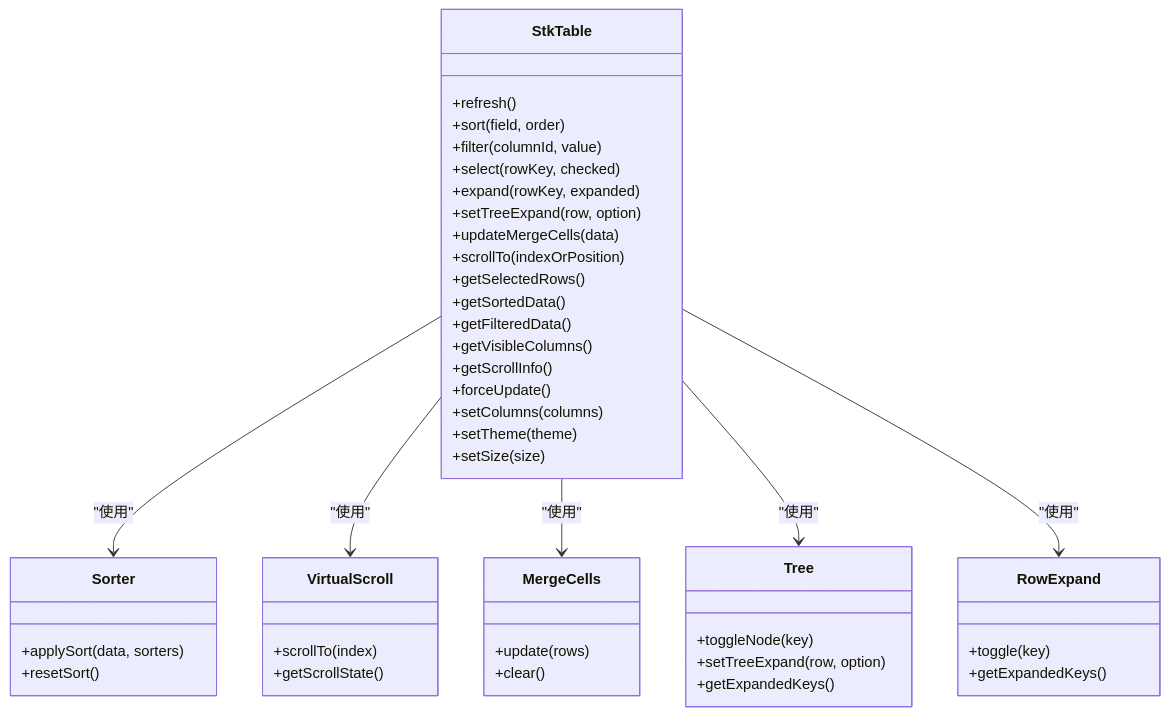
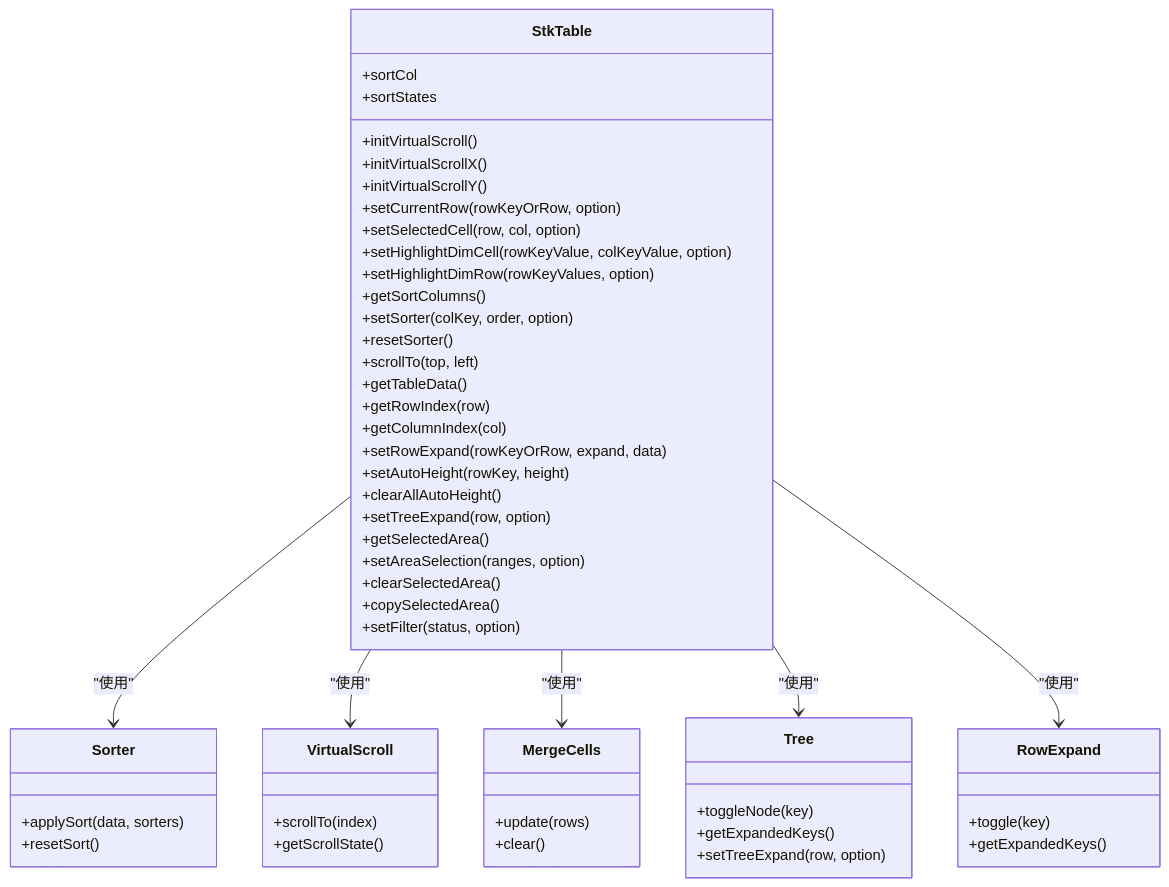
One commit to ja-plus/stk-table-vue changed the second of 3 diagrams in .qoder/repowiki/zh/content/API 参考/暴露方法 (Expose Methods).md. Above: the diagram before and after it, drawn with Mermaid. The commit also changed other lines of this file and 47 other files, not shown here.

````diff
--- a/.qoder/repowiki/zh/content/API 参考/暴露方法 (Expose Methods).md
+++ b/.qoder/repowiki/zh/content/API 参考/暴露方法 (Expose Methods).md
@@ -82,48 +76,56 @@
 ```mermaid
 classDiagram
 class StkTable {
-+refresh()
-+sort(field, order)
-+filter(columnId, value)
-+select(rowKey, checked)
-+expand(rowKey, expanded)
++initVirtualScroll()
++initVirtualScrollX()
++initVirtualScrollY()
++setCurrentRow(rowKeyOrRow, option)
++setSelectedCell(row, col, option)
++setHighlightDimCell(rowKeyValue, colKeyValue, option)
++setHighlightDimRow(rowKeyValues, option)
++sortCol
++sortStates
++getSortColumns()
++setSorter(colKey, order, option)
++resetSorter()
++scrollTo(top, left)
++getTableData()
++getRowIndex(row)
++getColumnIndex(col)
++setRowExpand(rowKeyOrRow, expand, data)
++setAutoHeight(rowKey, height)
++clearAllAutoHeight()
 +setTreeExpand(row, option)
-+updateMergeCells(data)
-+scrollTo(indexOrPosition)
-+getSelectedRows()
-+getSortedData()
-+getFilteredData()
-+getVisibleColumns()
-+getScrollInfo()
-+forceUpdate()
-+setColumns(columns)
-+setTheme(theme)
-+setSize(size)
++getSelectedArea()
++setAreaSelection(ranges, option)
++clearSelectedArea()
++copySelectedArea()
++setFilter(status, option)
 }
 class Sorter {
 +applySort(data, sorters)
 +resetSort()
 }
 class VirtualScroll {
 +scrollTo(index)
 +getScrollState()
 }
 class MergeCells {
 +update(rows)
 +clear()
 }
 class Tree {
 +toggleNode(key)
++getExpandedKeys()
 +setTreeExpand(row, option)
-+getExpandedKeys()
 }
 class RowExpand {
 +toggle(key)
 +getExpandedKeys()
 }
 StkTable --> Sorter : "使用"
 StkTable --> VirtualScroll : "使用"
 StkTable --> MergeCells : "使用"
 StkTable --> Tree : "使用"
 StkTable --> RowExpand : "使用"
 ```
````
